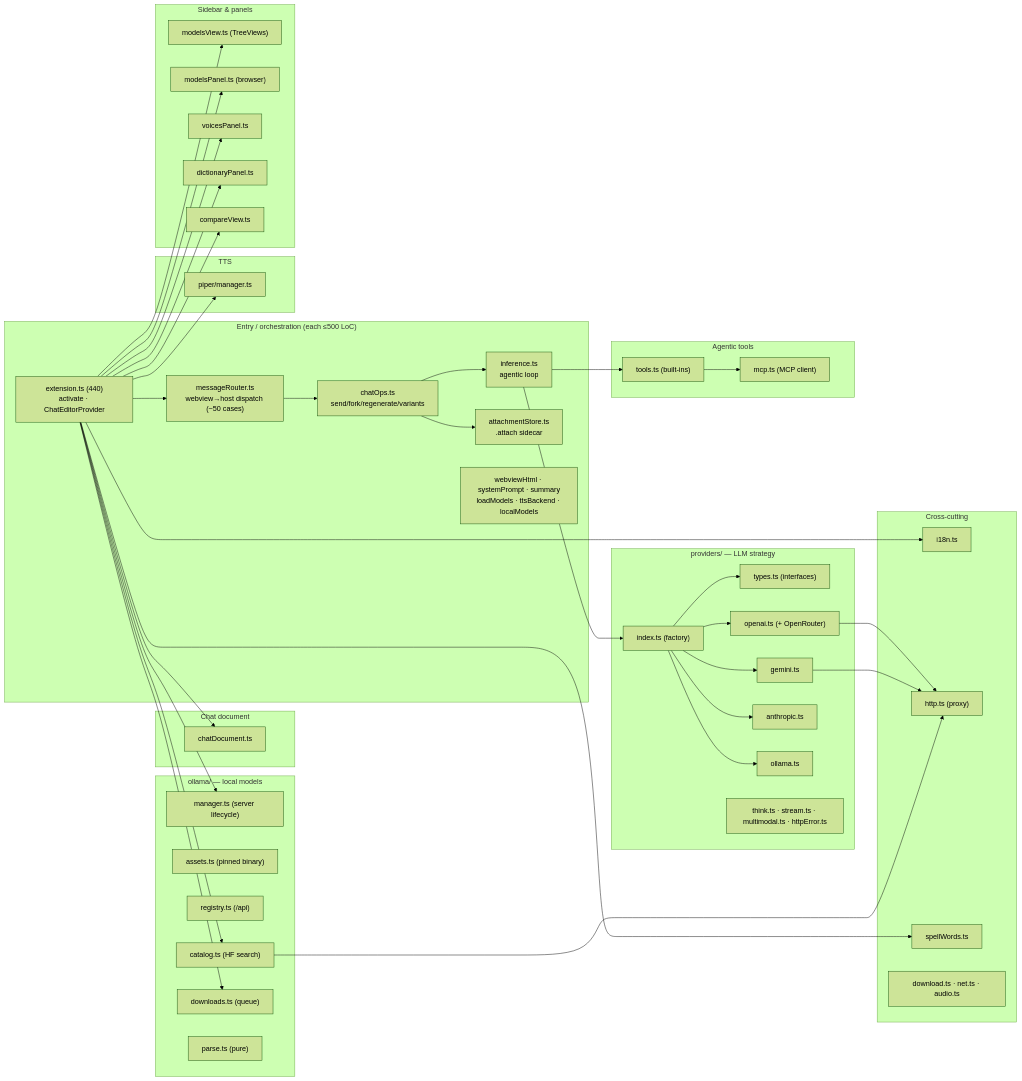
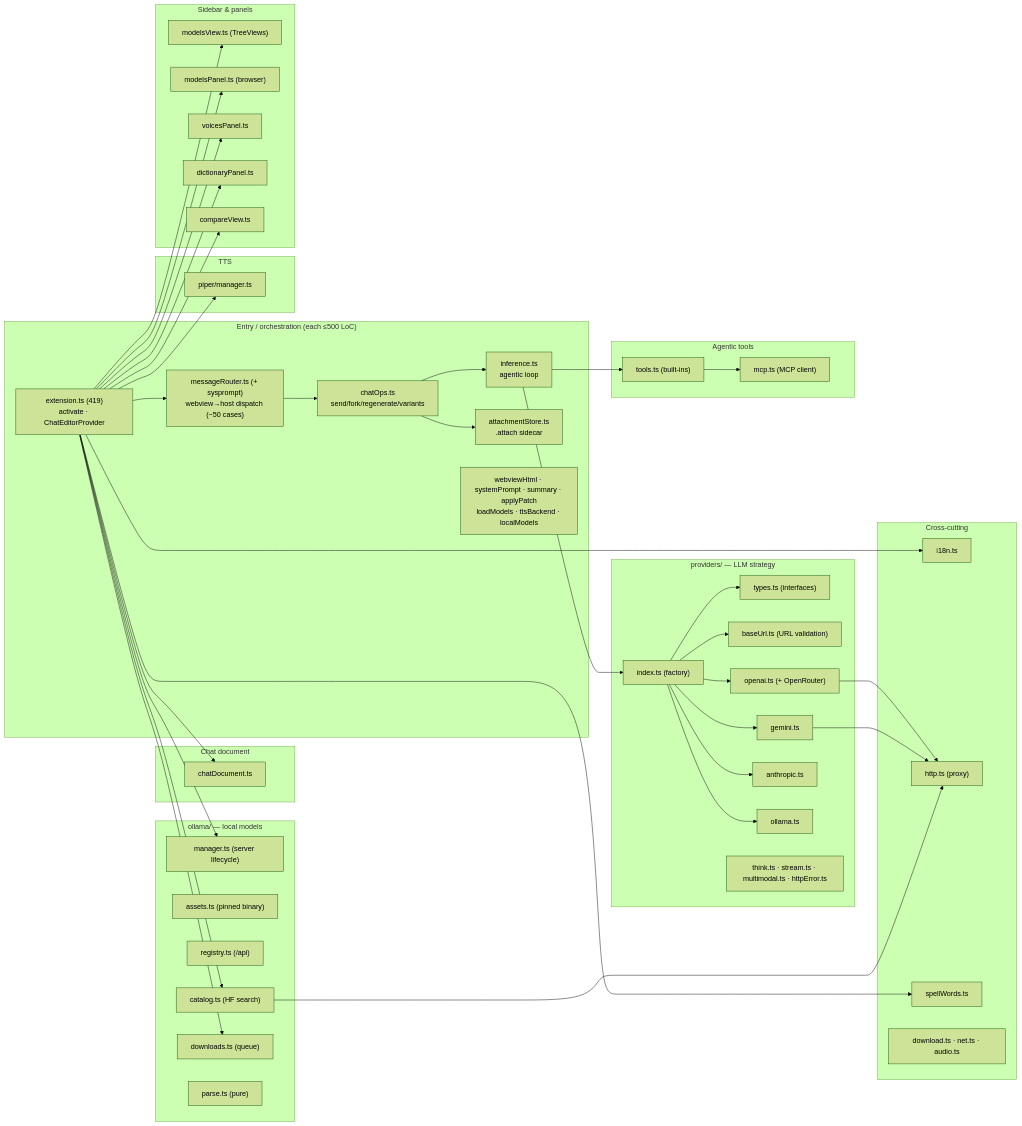
One commit to enavarre-cl/jotflow changed the second of 8 diagrams in ARCHITECTURE.md. Above: the diagram before and after it, drawn with Mermaid (forest theme). The commit also changed other lines of this file and 6 other files, not shown here.

First line of the commit message:
docs: update ARCHITECTURE/CHANGELOG/CONTRIBUTING/README/SECURITY + tidy AUDIT for 1.6.1

````diff
--- a/ARCHITECTURE.md
+++ b/ARCHITECTURE.md
@@ -68,63 +68,64 @@
 ```mermaid
 graph LR
   subgraph entry["Entry / orchestration (each ≤500 LoC)"]
-    extension["extension.ts (440)<br/>activate · ChatEditorProvider"]
-    router["messageRouter.ts<br/>webview→host dispatch (~50 cases)"]
+    extension["extension.ts (419)<br/>activate · ChatEditorProvider"]
+    router["messageRouter.ts (+ sysprompt)<br/>webview→host dispatch (~50 cases)"]
     chatOps["chatOps.ts<br/>send/fork/regenerate/variants"]
     inference["inference.ts<br/>agentic loop"]
     attach["attachmentStore.ts<br/>.attach sidecar"]
-    misc["webviewHtml · systemPrompt · summary<br/>loadModels · ttsBackend · localModels"]
+    misc["webviewHtml · systemPrompt · summary · applyPatch<br/>loadModels · ttsBackend · localModels"]
   end
   subgraph chat["Chat document"]
     chatDocument["chatDocument.ts"]
   end
   subgraph prov["providers/ — LLM strategy"]
     types["types.ts (interfaces)"]
     index["index.ts (factory)"]
+    baseurl["baseUrl.ts (URL validation)"]
     openai["openai.ts (+ OpenRouter)"]
     gemini["gemini.ts"]
     anthropic["anthropic.ts"]
     ollamaP["ollama.ts"]
     helpers["think.ts · stream.ts · multimodal.ts · httpError.ts"]
   end
   subgraph agent["Agentic tools"]
     toolsTs["tools.ts (built-ins)"]
     mcp["mcp.ts (MCP client)"]
   end
   subgraph ollamaSub["ollama/ — local models"]
     omanager["manager.ts (server lifecycle)"]
     oassets["assets.ts (pinned binary)"]
     oreg["registry.ts (/api)"]
     ocat["catalog.ts (HF search)"]
     odl["downloads.ts (queue)"]
     oparse["parse.ts (pure)"]
   end
   subgraph tts["TTS"]
     piper["piper/manager.ts"]
   end
   subgraph ui["Sidebar & panels"]
     views["modelsView.ts (TreeViews)"]
     mpanel["modelsPanel.ts (browser)"]
     vpanel["voicesPanel.ts"]
     dpanel["dictionaryPanel.ts"]
     compare["compareView.ts"]
   end
   subgraph infra["Cross-cutting"]
     i18nTs["i18n.ts"]
     httpTs["http.ts (proxy)"]
     spell["spellWords.ts"]
     utils["download.ts · net.ts · audio.ts"]
   end
 
   extension --> router --> chatOps --> inference
   extension --> chatDocument
   inference --> index --> openai & gemini & anthropic & ollamaP
-  index --> types
+  index --> types & baseurl
   inference --> toolsTs --> mcp
   chatOps --> attach
   extension --> omanager & odl & ocat
   extension --> piper
   extension --> views & mpanel & vpanel & dpanel & compare
   extension --> i18nTs & spell
   openai & gemini & ocat --> httpTs
 ```
````
